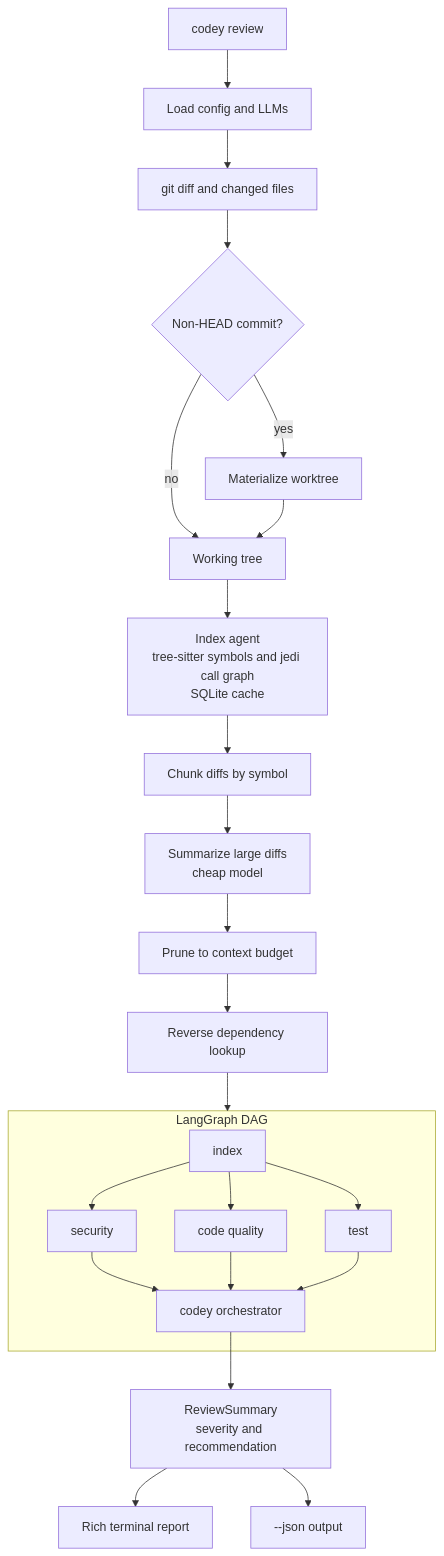
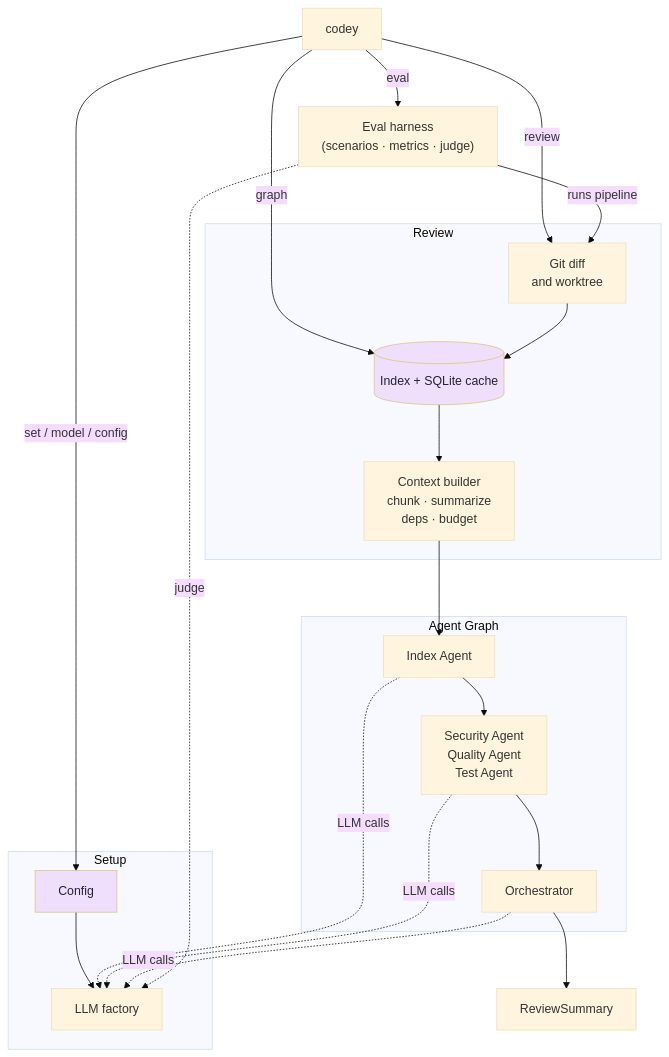
One commit to arihntk/codey changed the diagram in README.md. Above: the diagram before and after it, drawn with Mermaid.

Commit message:
docs: add architecture diagram to README

````diff
--- a/README.md
+++ b/README.md
@@ -101,29 +13,49 @@
 ```mermaid
-flowchart TD
-    CLI["codey review"] --> CFG["Load config and LLMs"]
-    CFG --> GIT["git diff and changed files"]
-    GIT --> WT{"Non-HEAD commit?"}
-    WT -->|yes| WORKTREE["Materialize worktree"]
-    WT -->|no| SCAN["Working tree"]
-    WORKTREE --> SCAN
+---
+config:
+  theme: base
+  layout: dagre
+  look: classic
+---
+flowchart TB
+    CLI["codey"]
 
-    SCAN --> IDX["Index agent<br/>tree-sitter symbols and jedi call graph<br/>SQLite cache"]
-    IDX --> CHUNK["Chunk diffs by symbol"]
-    CHUNK --> SUM["Summarize large diffs<br/>cheap model"]
-    SUM --> BUDGET["Prune to context budget"]
-    BUDGET --> DEPS["Reverse dependency lookup"]
-
-    DEPS --> DAG
-    subgraph DAG["LangGraph DAG"]
-        I["index"] --> S["security"]
-        I --> Q["code quality"]
-        I --> T["test"]
-        S --> C["codey orchestrator"]
-        Q --> C
-        T --> C
+    subgraph SETUP["Setup"]
+        CFG["Config"]
+        LLM["LLM factory"]
     end
 
-    C --> OUT["ReviewSummary<br/>severity and recommendation"]
-    OUT --> RICH["Rich terminal report"]
-    OUT --> JSON["--json output"]
+    subgraph REVIEW["Review"]
+        GIT["Git diff<br/> and worktree"]
+        IDX[("Index + SQLite cache")]
+        CTX["Context builder<br/>chunk · summarize<br/>deps · budget"]
+    end
+
+    subgraph DAG["Agent Graph"]
+        IA["Index Agent"]
+        AG["Security Agent <br/> Quality Agent <br/>Test Agent"]
+        ORCH["Orchestrator"]
+        IA --> AG --> ORCH
+    end
+
+    OUT["ReviewSummary"]
+    EVAL["Eval harness<br/>(scenarios · metrics · judge)"]
+
+    CLI -->|"set / model / config"| CFG
+    CFG --> LLM
+    CLI -->|"review"| GIT
+    CLI -->|"graph"| IDX
+    CLI -->|"eval"| EVAL
+
+    GIT --> IDX
+    IDX --> CTX
+    CTX --> IA
+    IA & AG & ORCH -.->|"LLM calls"| LLM
+
+    ORCH --> OUT
+    EVAL -->|"runs pipeline"| GIT
+    EVAL -.->|"judge"| LLM
+
+    classDef store fill:#F0DEFD,stroke:#D8C77A,color:#1F2430
+    class CFG,IDX store
 ```
````
